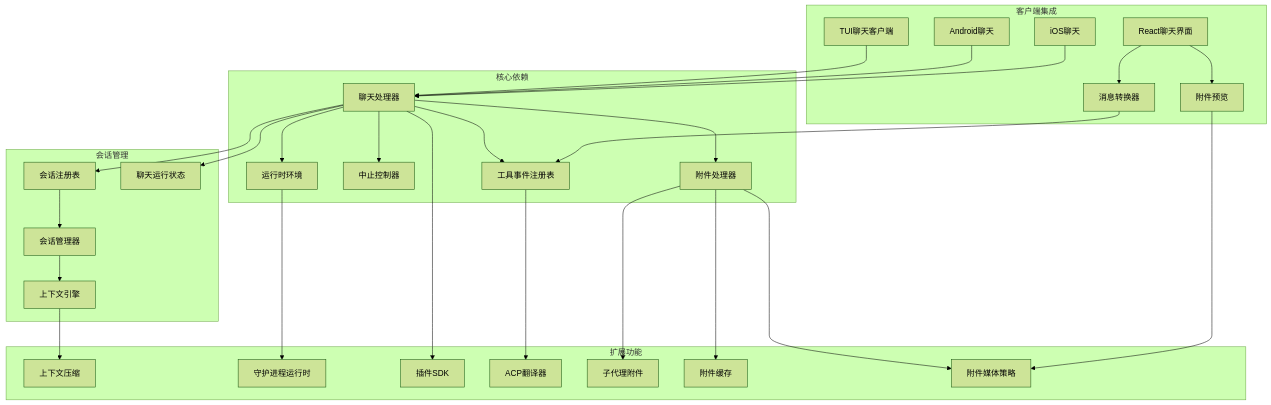
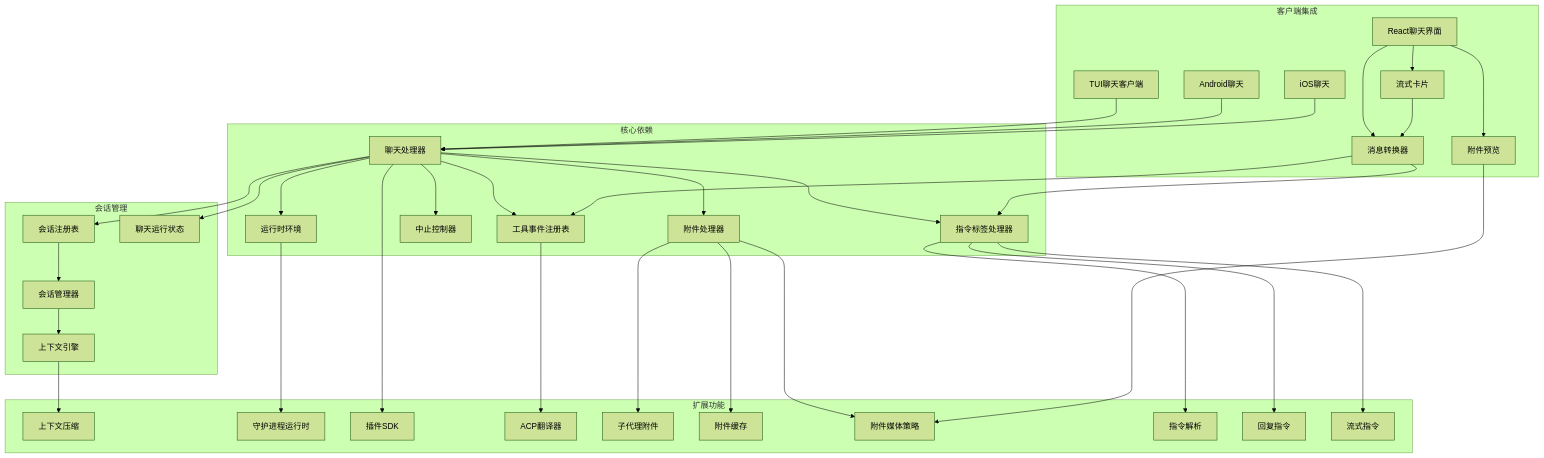
Before and after one commit to verse-ai-org/openclaw: diagram 26 of 27 in .qoder/repowiki/zh/content/Web界面/WebChat界面/聊天运行时提供者增强.md, drawn with Mermaid (forest theme). The commit also changed other lines of this file and 18 other files, not shown here.

````diff
--- a/.qoder/repowiki/zh/content/Web界面/WebChat界面/聊天运行时提供者增强.md
+++ b/.qoder/repowiki/zh/content/Web界面/WebChat界面/聊天运行时提供者增强.md
@@ -1003,55 +1335,67 @@
 ```mermaid
 graph TB
 subgraph "核心依赖"
 ChatHandlers[聊天处理器]
+DirectiveTagsProcessor[指令标签处理器]
 ChatAttachments[附件处理器]
 ChatAbort[中止控制器]
 RuntimeEnv[运行时环境]
 ToolEventRegistry[工具事件注册表]
 end
 subgraph "会话管理"
 SessionRegistry[会话注册表]
 SessionManager[会话管理器]
 ContextEngine[上下文引擎]
 ChatRunState[聊天运行状态]
 end
 subgraph "客户端集成"
 TUIChat[TUI聊天客户端]
 AndroidChat[Android聊天]
 iOSChat[iOS聊天]
 ReactChat[React聊天界面]
 MessageConverter[消息转换器]
 AttachmentPreview[附件预览]
+StreamingCard[流式卡片]
 end
 subgraph "扩展功能"
 ContextPruning[上下文压缩]
 DaemonRuntime[守护进程运行时]
 PluginSDK[插件SDK]
 ACPTranslator[ACP翻译器]
 SubagentAttachments[子代理附件]
 AttachmentCache[附件缓存]
 AttachmentMediaPolicy[附件媒体策略]
+DirectiveParsing[指令解析]
+ReplyDirectives[回复指令]
+StreamingDirectives[流式指令]
 end
+ChatHandlers --> DirectiveTagsProcessor
 ChatHandlers --> ChatAttachments
 ChatHandlers --> ChatAbort
 ChatHandlers --> RuntimeEnv
 ChatHandlers --> SessionRegistry
 ChatHandlers --> ToolEventRegistry
 ChatHandlers --> ChatRunState
+DirectiveTagsProcessor --> DirectiveParsing
+DirectiveTagsProcessor --> ReplyDirectives
+DirectiveTagsProcessor --> StreamingDirectives
 ChatAttachments --> SubagentAttachments
 ChatAttachments --> AttachmentCache
 ChatAttachments --> AttachmentMediaPolicy
 SessionRegistry --> SessionManager
 SessionManager --> ContextEngine
 ContextEngine --> ContextPruning
 TUIChat --> ChatHandlers
 AndroidChat --> ChatHandlers
 iOSChat --> ChatHandlers
 ReactChat --> MessageConverter
 ReactChat --> AttachmentPreview
+ReactChat --> StreamingCard
 MessageConverter --> ToolEventRegistry
+MessageConverter --> DirectiveTagsProcessor
 RuntimeEnv --> DaemonRuntime
 ChatHandlers --> PluginSDK
 ToolEventRegistry --> ACPTranslator
 AttachmentPreview --> AttachmentMediaPolicy
+StreamingCard --> MessageConverter
 ```
````
